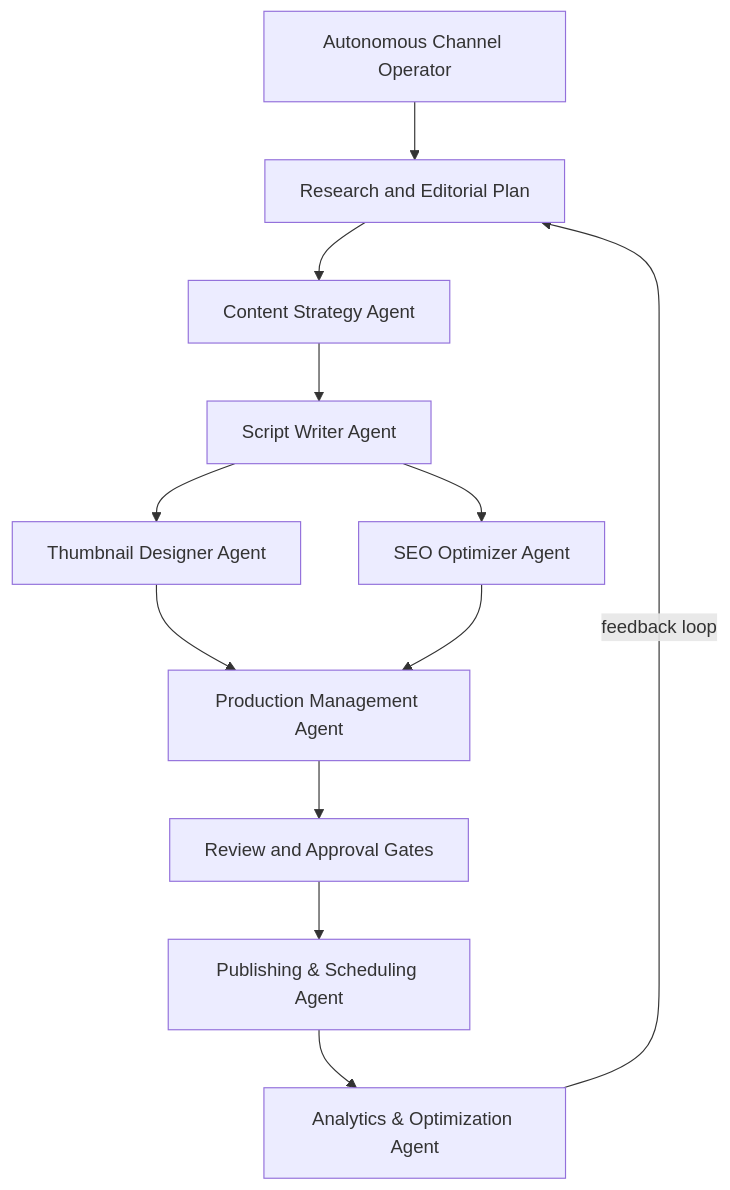
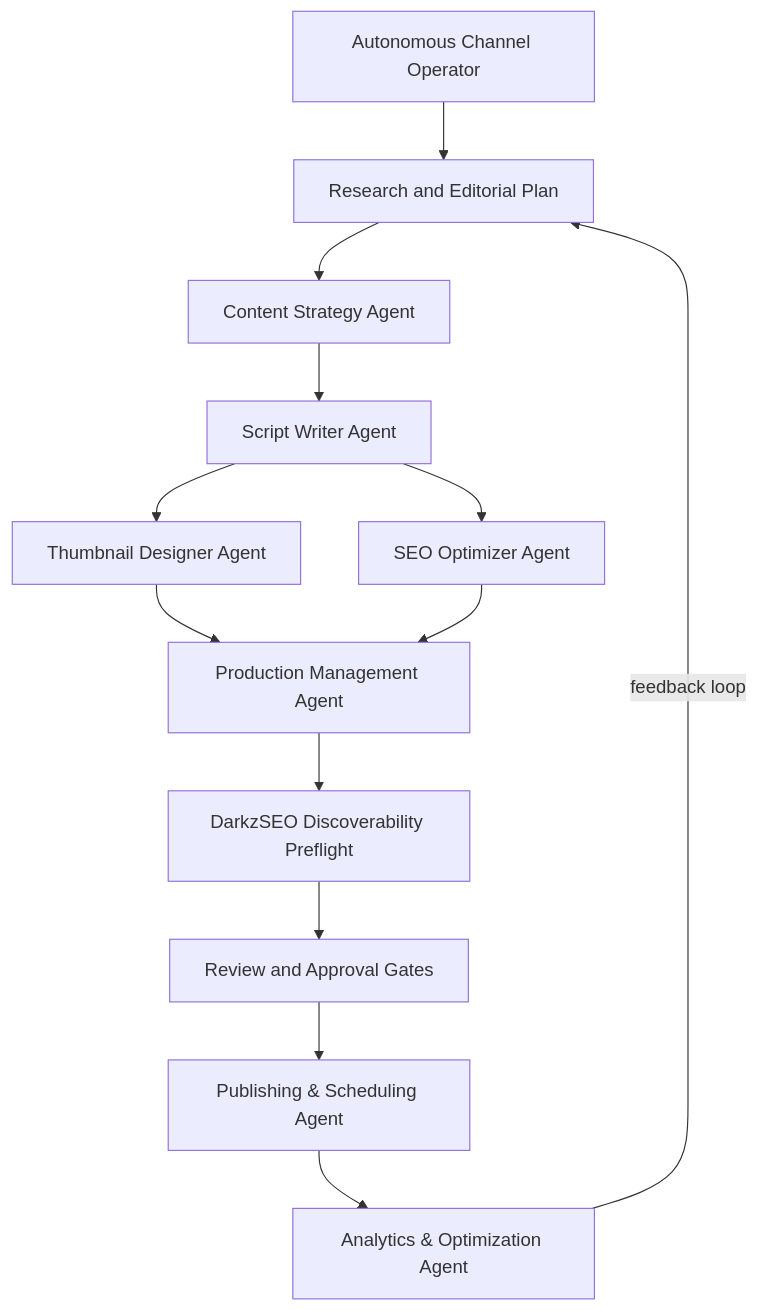
One commit to Abdul-Rehman745/youtube-automation-agent changed the first of 4 diagrams in README.md. Above: the diagram before and after it, drawn with Mermaid. The commit also changed other lines of this file and 12 other files, not shown here.

Commit message:
feat: release v2.10 discoverability preflight

````diff
--- a/README.md
+++ b/README.md
@@ -173,14 +185,15 @@
 ```mermaid
 graph TD
     O[Autonomous Channel Operator] --> A[Research and Editorial Plan]
     A --> B[Content Strategy Agent]
     B --> C[Script Writer Agent]
     C --> D[Thumbnail Designer Agent]
     C --> E[SEO Optimizer Agent]
     D --> F[Production Management Agent]
     E --> F
-    F --> G[Review and Approval Gates]
+    F --> Z[DarkzSEO Discoverability Preflight]
+    Z --> G[Review and Approval Gates]
     G --> H[Publishing & Scheduling Agent]
     H --> I[Analytics & Optimization Agent]
     I -->|feedback loop| A
 ```
````
